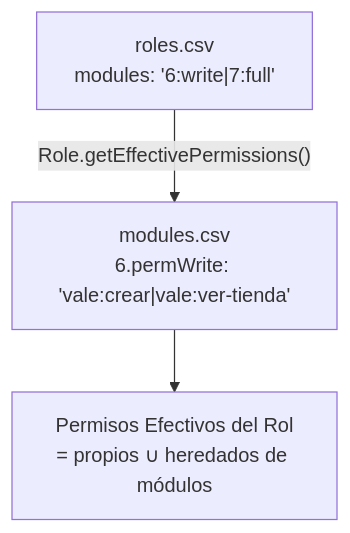
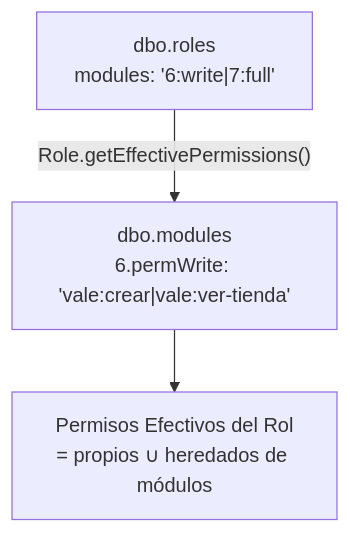
One commit to marco30jaramillo/prueba_cloud_code changed the fourth of 4 diagrams in docs/diagrams/er-diagram.md. Above: the diagram before and after it, drawn with Mermaid. The commit also changed other lines of this file and 101 other files, not shown here.

````diff
--- a/docs/diagrams/er-diagram.md
+++ b/docs/diagrams/er-diagram.md
@@ -130,9 +130,9 @@
 ```mermaid
 flowchart TD
-    RC["roles.csv\nmodules: '6:write|7:full'"]
-    MC["modules.csv\n6.permWrite: 'vale:crear|vale:ver-tienda'"]
+    RC["dbo.roles\nmodules: '6:write|7:full'"]
+    MC["dbo.modules\n6.permWrite: 'vale:crear|vale:ver-tienda'"]
     EP["Permisos Efectivos del Rol\n= propios ∪ heredados de módulos"]
     
     RC -->|"Role.getEffectivePermissions()"| MC
     MC --> EP
 ```
````
